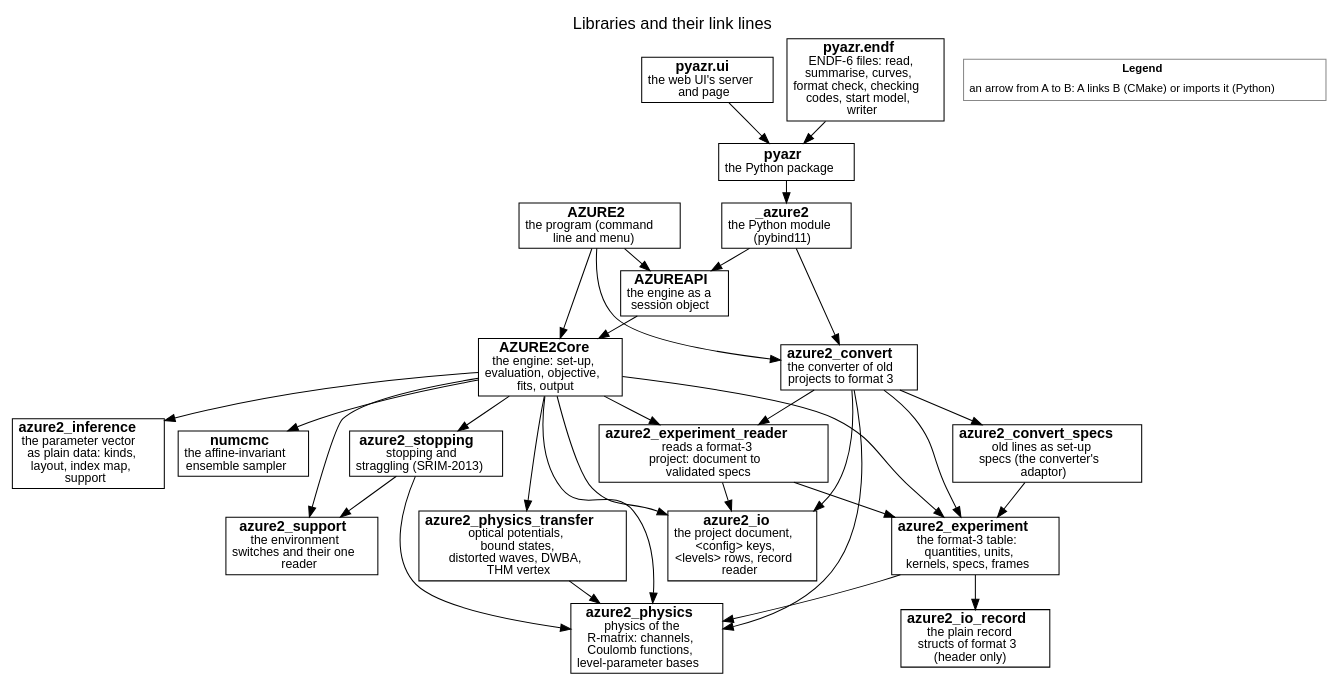
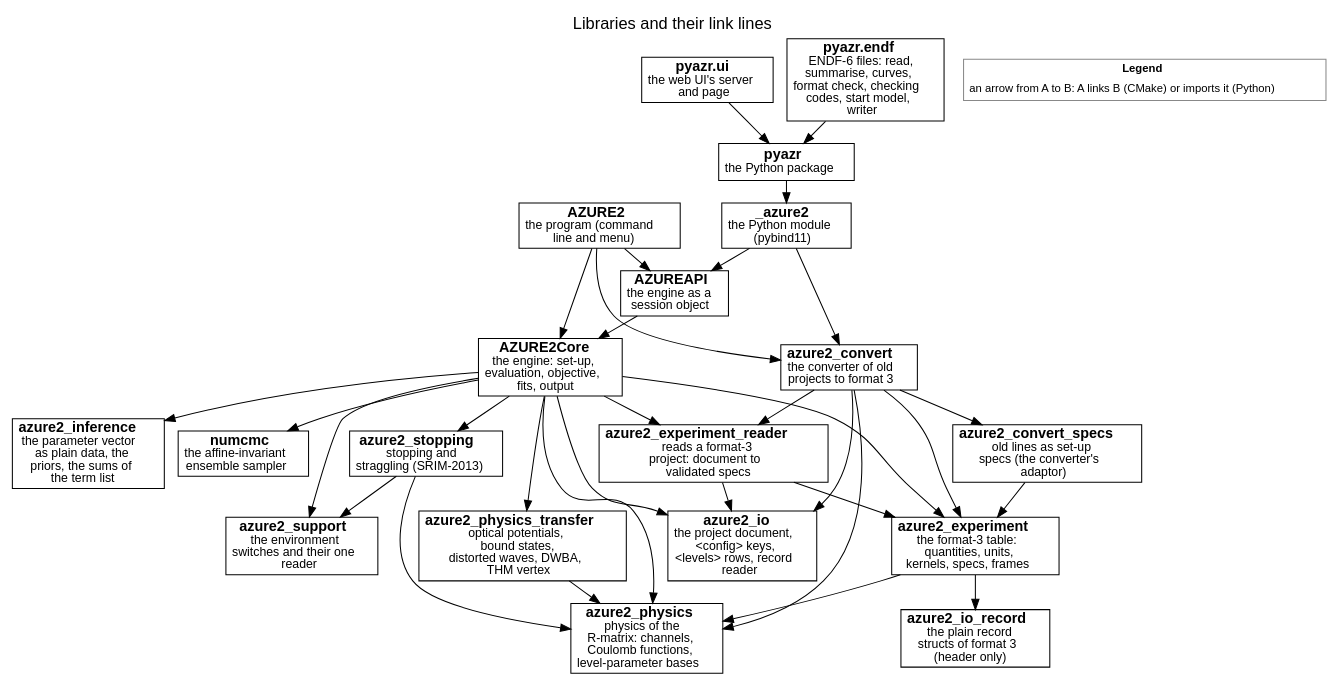
The diagram in docs/source/developer/figures/libraries.dot (AZURE2DEV/AZURE2), drawn with Graphviz before and after one commit. The commit also changed 35 other files, not shown here.

First line of the commit message:
inference: the priors and the rule of the objective's term list

```diff
--- a/docs/source/developer/figures/libraries.dot
+++ b/docs/source/developer/figures/libraries.dot
@@ -1,56 +1,56 @@
 digraph libraries {
   graph [rankdir=TB, fontname="Helvetica", fontsize=16, labelloc=t, label="Libraries and their link lines", nodesep=0.18, ranksep=0.3, newrank=true];
   node [fontname="Helvetica", fontsize=14, margin="0.08,0.04"];
   edge [fontname="Helvetica", fontsize=12];
   n_azure2_support [label=<<b>azure2_support</b><br/><font point-size="12">the environment<br/>switches and their one<br/>reader</font>>, shape=box, style="filled", fillcolor="white"];
   n_azure2_physics [label=<<b>azure2_physics</b><br/><font point-size="12">physics of the<br/>R-matrix: channels,<br/>Coulomb functions,<br/>level-parameter bases</font>>, shape=box, style="filled", fillcolor="white"];
   n_azure2_physics_transfer [label=<<b>azure2_physics_transfer</b><br/><font point-size="12">optical potentials,<br/>bound states,<br/>distorted waves, DWBA,<br/>THM vertex</font>>, shape=box, style="filled", fillcolor="white"];
   n_azure2_io [label=<<b>azure2_io</b><br/><font point-size="12">the project document,<br/>&lt;config&gt; keys,<br/>&lt;levels&gt; rows, record<br/>reader</font>>, shape=box, style="filled", fillcolor="white"];
   n_azure2_io_record [label=<<b>azure2_io_record</b><br/><font point-size="12">the plain record<br/>structs of format 3<br/>(header only)</font>>, shape=box, style="filled", fillcolor="white"];
   n_azure2_stopping [label=<<b>azure2_stopping</b><br/><font point-size="12">stopping and<br/>straggling (SRIM-2013)</font>>, shape=box, style="filled", fillcolor="white"];
   n_azure2_experiment [label=<<b>azure2_experiment</b><br/><font point-size="12">the format-3 table:<br/>quantities, units,<br/>kernels, specs, frames</font>>, shape=box, style="filled", fillcolor="white"];
   n_azure2_experiment_reader [label=<<b>azure2_experiment_reader</b><br/><font point-size="12">reads a format-3<br/>project: document to<br/>validated specs</font>>, shape=box, style="filled", fillcolor="white"];
-  n_azure2_inference [label=<<b>azure2_inference</b><br/><font point-size="12">the parameter vector<br/>as plain data: kinds,<br/>layout, index map,<br/>support</font>>, shape=box, style="filled", fillcolor="white"];
+  n_azure2_inference [label=<<b>azure2_inference</b><br/><font point-size="12">the parameter vector<br/>as plain data, the<br/>priors, the sums of<br/>the term list</font>>, shape=box, style="filled", fillcolor="white"];
   n_azure2_convert_specs [label=<<b>azure2_convert_specs</b><br/><font point-size="12">old lines as set-up<br/>specs (the converter&#x27;s<br/>adaptor)</font>>, shape=box, style="filled", fillcolor="white"];
   n_azure2_convert [label=<<b>azure2_convert</b><br/><font point-size="12">the converter of old<br/>projects to format 3</font>>, shape=box, style="filled", fillcolor="white"];
   n_numcmc [label=<<b>numcmc</b><br/><font point-size="12">the affine-invariant<br/>ensemble sampler</font>>, shape=box, style="filled", fillcolor="white"];
   n_AZURE2Core [label=<<b>AZURE2Core</b><br/><font point-size="12">the engine: set-up,<br/>evaluation, objective,<br/>fits, output</font>>, shape=box, style="filled", fillcolor="white"];
   n_AZUREAPI [label=<<b>AZUREAPI</b><br/><font point-size="12">the engine as a<br/>session object</font>>, shape=box, style="filled", fillcolor="white"];
   n_AZURE2 [label=<<b>AZURE2</b><br/><font point-size="12">the program (command<br/>line and menu)</font>>, shape=box, style="filled", fillcolor="white"];
   n__azure2 [label=<<b>_azure2</b><br/><font point-size="12">the Python module<br/>(pybind11)</font>>, shape=box, style="filled", fillcolor="white"];
   n_pyazr [label=<<b>pyazr</b><br/><font point-size="12">the Python package</font>>, shape=box, style="filled", fillcolor="white"];
   n_pyazr_ui [label=<<b>pyazr.ui</b><br/><font point-size="12">the web UI&#x27;s server<br/>and page</font>>, shape=box, style="filled", fillcolor="white"];
   n_pyazr_endf [label=<<b>pyazr.endf</b><br/><font point-size="12">ENDF-6 files: read,<br/>summarise, curves,<br/>format check, checking<br/>codes, start model,<br/>writer</font>>, shape=box, style="filled", fillcolor="white"];
   n_azure2_physics_transfer -> n_azure2_physics [style=solid, arrowhead=normal];
   n_azure2_stopping -> n_azure2_physics [style=solid, arrowhead=normal];
   n_azure2_stopping -> n_azure2_support [style=solid, arrowhead=normal];
   n_azure2_experiment -> n_azure2_physics [style=solid, arrowhead=normal];
   n_azure2_experiment -> n_azure2_io_record [style=solid, arrowhead=normal];
   n_azure2_experiment_reader -> n_azure2_experiment [style=solid, arrowhead=normal];
   n_azure2_experiment_reader -> n_azure2_io [style=solid, arrowhead=normal];
   n_azure2_convert_specs -> n_azure2_experiment [style=solid, arrowhead=normal];
   n_azure2_convert -> n_azure2_io [style=solid, arrowhead=normal];
   n_azure2_convert -> n_azure2_experiment [style=solid, arrowhead=normal];
   n_azure2_convert -> n_azure2_experiment_reader [style=solid, arrowhead=normal];
   n_azure2_convert -> n_azure2_physics [style=solid, arrowhead=normal];
   n_azure2_convert -> n_azure2_convert_specs [style=solid, arrowhead=normal];
   n_AZURE2Core -> n_azure2_support [style=solid, arrowhead=normal];
   n_AZURE2Core -> n_azure2_physics [style=solid, arrowhead=normal];
   n_AZURE2Core -> n_azure2_physics_transfer [style=solid, arrowhead=normal];
   n_AZURE2Core -> n_azure2_stopping [style=solid, arrowhead=normal];
   n_AZURE2Core -> n_azure2_io [style=solid, arrowhead=normal];
   n_AZURE2Core -> n_azure2_experiment [style=solid, arrowhead=normal];
   n_AZURE2Core -> n_azure2_experiment_reader [style=solid, arrowhead=normal];
   n_AZURE2Core -> n_azure2_inference [style=solid, arrowhead=normal];
   n_AZURE2Core -> n_numcmc [style=solid, arrowhead=normal];
   n_AZUREAPI -> n_AZURE2Core [style=solid, arrowhead=normal];
   n_AZURE2 -> n_AZUREAPI [style=solid, arrowhead=normal];
   n_AZURE2 -> n_AZURE2Core [style=solid, arrowhead=normal];
   n_AZURE2 -> n_azure2_convert [style=solid, arrowhead=normal];
   n__azure2 -> n_AZUREAPI [style=solid, arrowhead=normal];
   n__azure2 -> n_azure2_convert [style=solid, arrowhead=normal];
   n_pyazr -> n__azure2 [style=solid, arrowhead=normal];
   n_pyazr_ui -> n_pyazr [style=solid, arrowhead=normal];
   n_pyazr_endf -> n_pyazr [style=solid, arrowhead=normal];
   legend [shape=plaintext, fontsize=11, label=<<TABLE BORDER="1" CELLBORDER="0" CELLSPACING="2" COLOR="#888888"><TR><TD><B>Legend</B></TD></TR><TR><TD ALIGN="LEFT">an arrow from A to B: A links B (CMake) or imports it (Python)</TD></TR></TABLE>>];
 }
```
